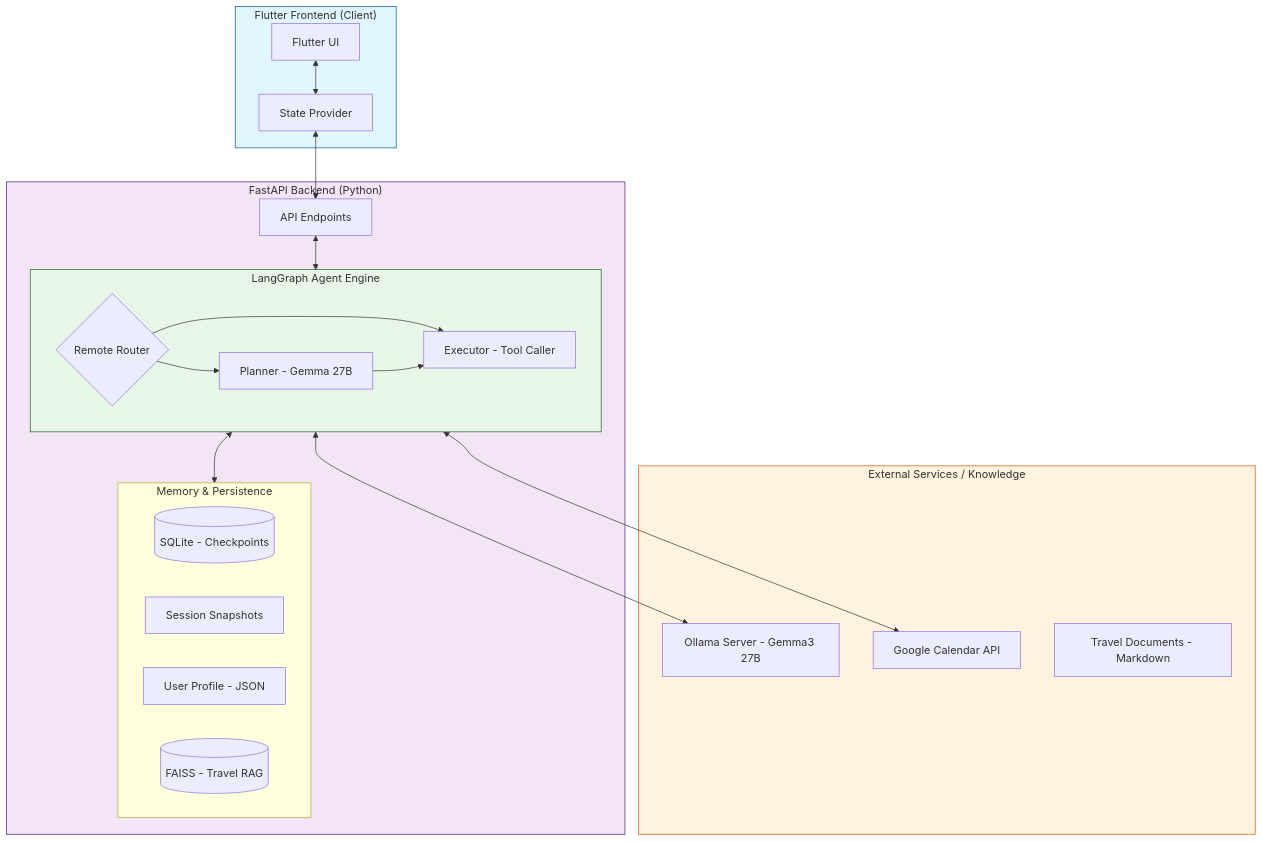
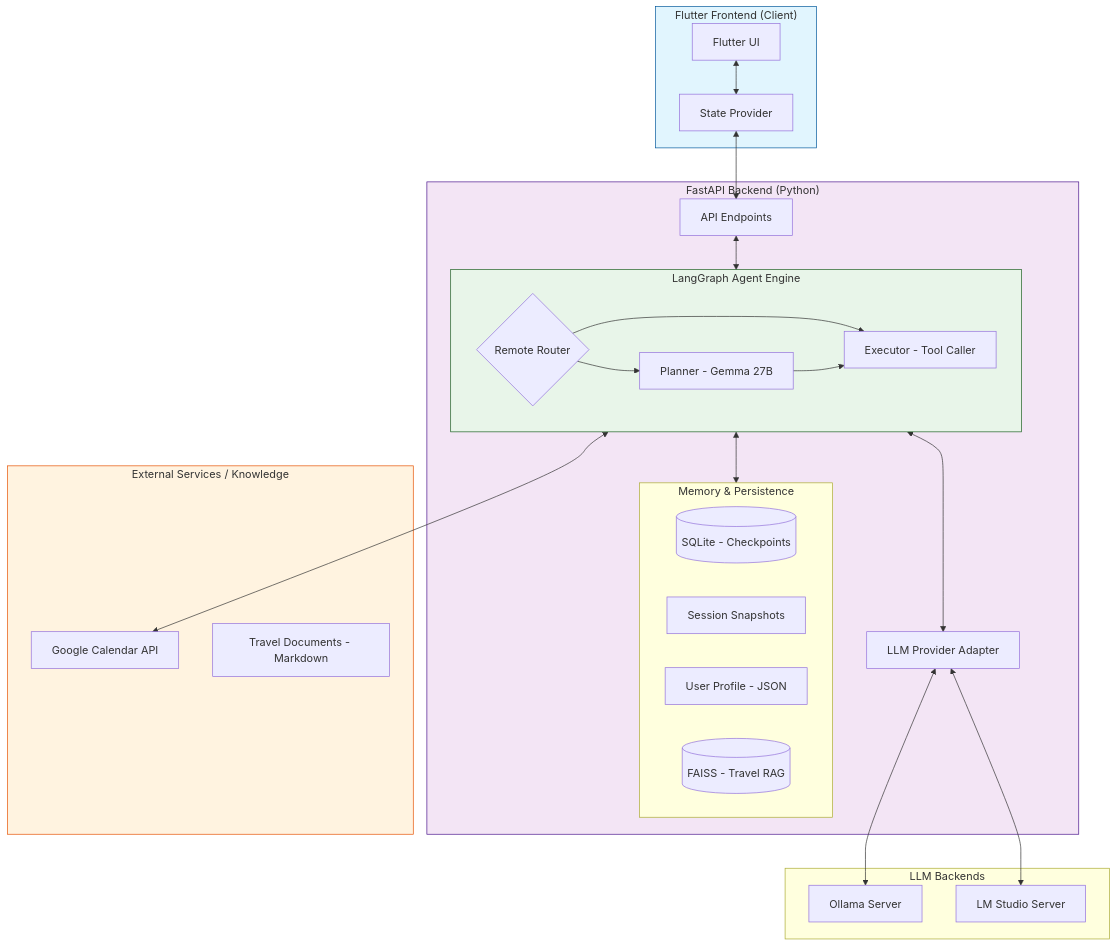
The diagram in README.md (kc9302/AI_Assistant), drawn with Mermaid before and after one commit. The commit also changed other lines of this file and 40 other files, not shown here.

Commit message:
feat: Implement core AI assistant backend with memory, LLM providers, agent, tools, API, client UI, and comprehensive documentation and tests.

````diff
--- a/README.md
+++ b/README.md
@@ -25,46 +26,53 @@
 ```mermaid
 graph TB
     subgraph Client ["Flutter Frontend (Client)"]
         UI["Flutter UI"]
         Prov["State Provider"]
         UI <--> Prov
     end
 
     subgraph Backend ["FastAPI Backend (Python)"]
         API["API Endpoints"]
+        LLMProvider["LLM Provider Adapter"]
         
         subgraph Agent ["LangGraph Agent Engine"]
             Router{Remote Router}
             Planner["Planner - Gemma 27B"]
             Executor["Executor - Tool Caller"]
             Router --> Planner
             Router --> Executor
             Planner --> Executor
         end
         
         subgraph Storage ["Memory & Persistence"]
             DB[("SQLite - Checkpoints")]
             Sess["Session Snapshots"]
             Profile["User Profile - JSON"]
             VectorDB[("FAISS - Travel RAG")]
         end
 
         API <--> Agent
+        Agent <--> LLMProvider
         Agent <--> Storage
     end
 
+    subgraph LLMInfra ["LLM Backends"]
+        Ollama["Ollama Server"]
+        LMStudio["LM Studio Server"]
+    end
+
     subgraph Infrastructure ["External Services / Knowledge"]
-        Ollama["Ollama Server - Gemma3 27B"]
         GCal["Google Calendar API"]
         Docs["Travel Documents - Markdown"]
     end
 
     Prov <--> API
-    Agent <--> Ollama
+    LLMProvider <--> Ollama
+    LLMProvider <--> LMStudio
     Agent <--> GCal
 
     style Client fill:#e1f5fe,stroke:#01579b
     style Backend fill:#f3e5f5,stroke:#4a148c
     style Infrastructure fill:#fff3e0,stroke:#e65100
     style Agent fill:#e8f5e9,stroke:#1b5e20
 ```
````
